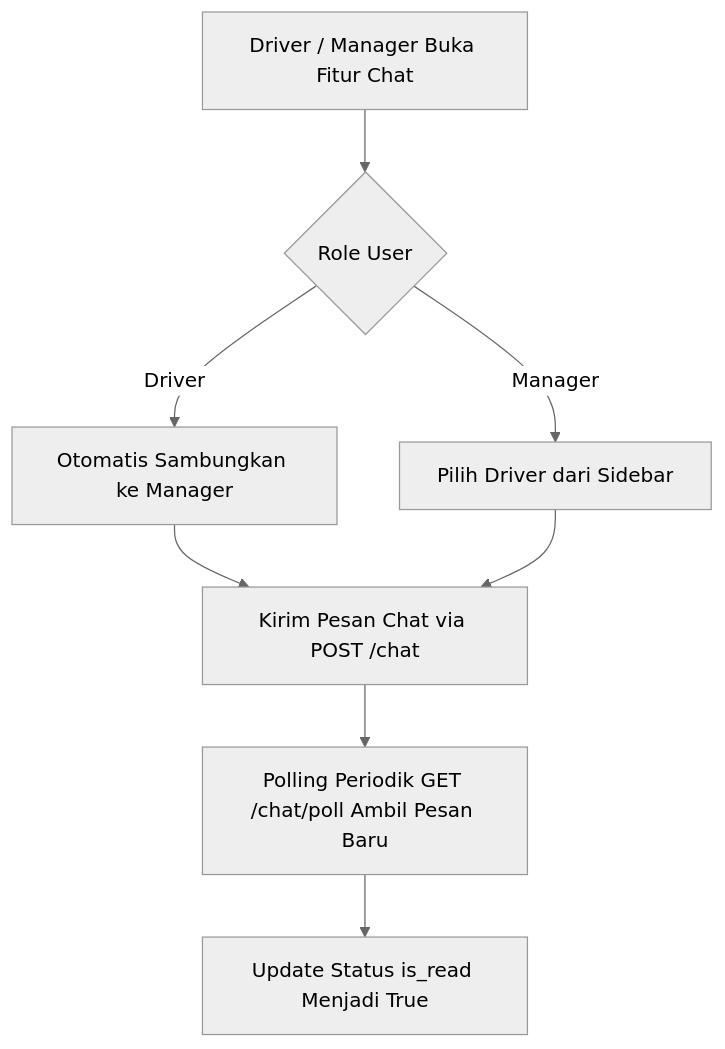
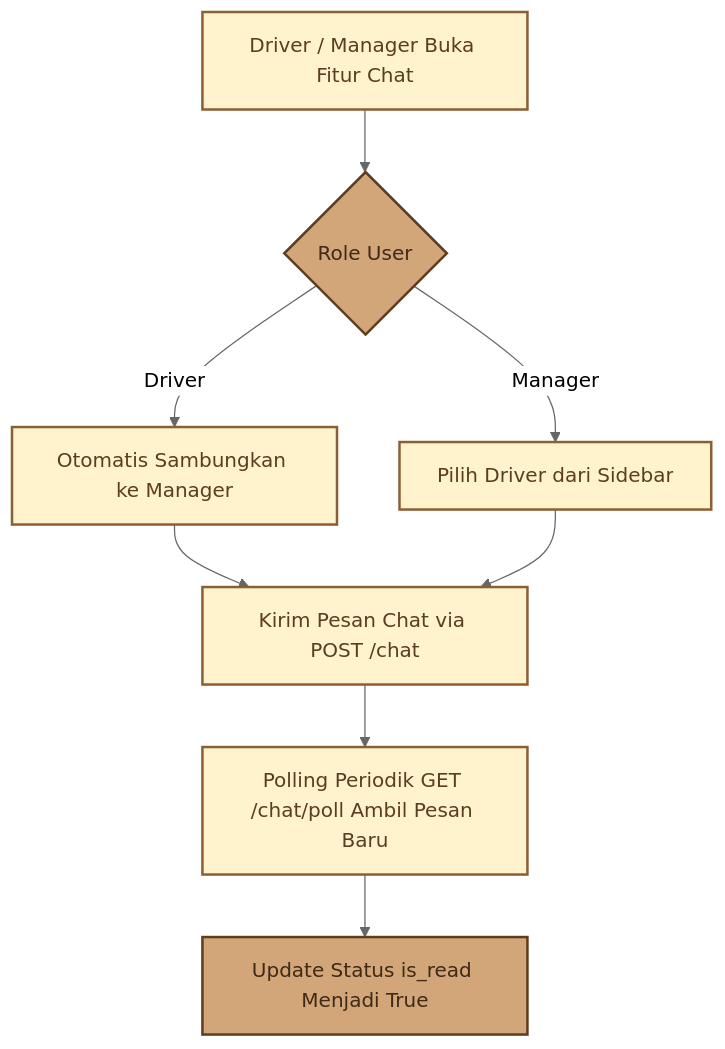
Diagram 11 of 13 in docs/DOKUMENTASI_MODULE_SISTEM.md (nazwasalsabila181718-droid/manajemen_perawatan), drawn with Mermaid (neutral theme) before and after one commit. The commit also changed other lines of this file, not shown here.

Commit message:
style: tambahkan tema warna kuning-coklat pada diagram mermaid

````diff
--- a/docs/DOKUMENTASI_MODULE_SISTEM.md
+++ b/docs/DOKUMENTASI_MODULE_SISTEM.md
@@ -235,10 +295,16 @@
 ```mermaid
 flowchart TD
+    classDef default fill:#FFF3CD,stroke:#8B5E34,stroke-width:2px,color:#5C3D1F;
+    classDef highlight fill:#D2A679,stroke:#5C3D1F,stroke-width:2px,color:#3E2A17;
+
     A[Driver / Manager Buka Fitur Chat] --> B{Role User}
     B -- Driver --> C[Otomatis Sambungkan ke Manager]
     B -- Manager --> D[Pilih Driver dari Sidebar]
     C --> E[Kirim Pesan Chat via POST /chat]
     D --> E
     E --> F[Polling Periodik GET /chat/poll Ambil Pesan Baru]
     F --> G[Update Status is_read Menjadi True]
+
+    class A,C,D,E,F default;
+    class B,G highlight;
 ```
````
